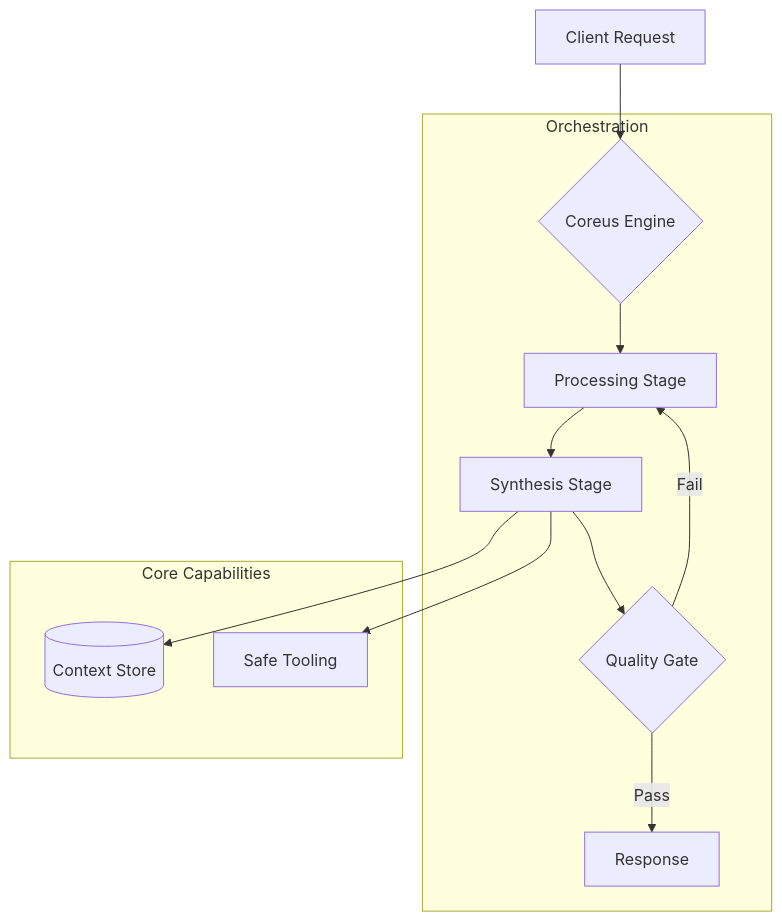
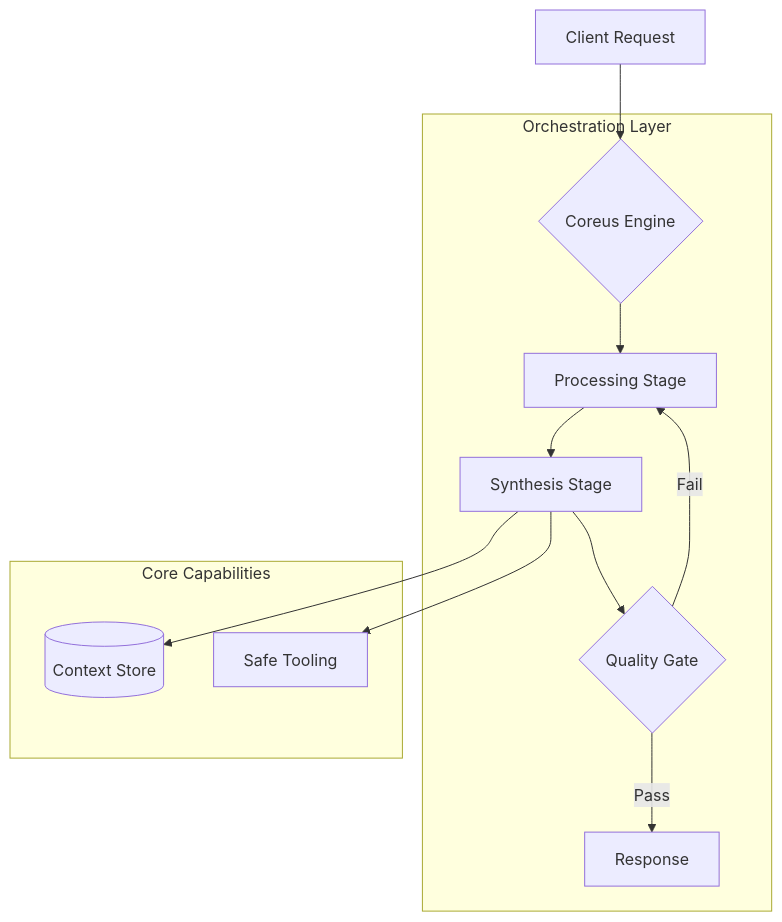
One commit to hasankirtas/coreus-framework-showcase changed the diagram in README.md. Above: the diagram before and after it, drawn with Mermaid. The commit also changed other lines of this file, not shown here.

````diff
--- a/README.md
+++ b/README.md
@@ -53,17 +48,17 @@
 ```mermaid
 graph TD
     Client[Client Request] --> Engine{Coreus Engine}
-    
-    subgraph "Orchestration"
+
+    subgraph Orchestration [Orchestration Layer]
         Engine --> Stage1[Processing Stage]
         Stage1 --> Stage2[Synthesis Stage]
         Stage2 --> Gate{Quality Gate}
         Gate -->|Pass| Final[Response]
         Gate -->|Fail| Stage1
     end
-    
-    subgraph "Core Capabilities"
+
+    subgraph Core [Core Capabilities]
         Stage2 --> Memory[(Context Store)]
         Stage2 --> Tools[Safe Tooling]
     end
 ```
````
